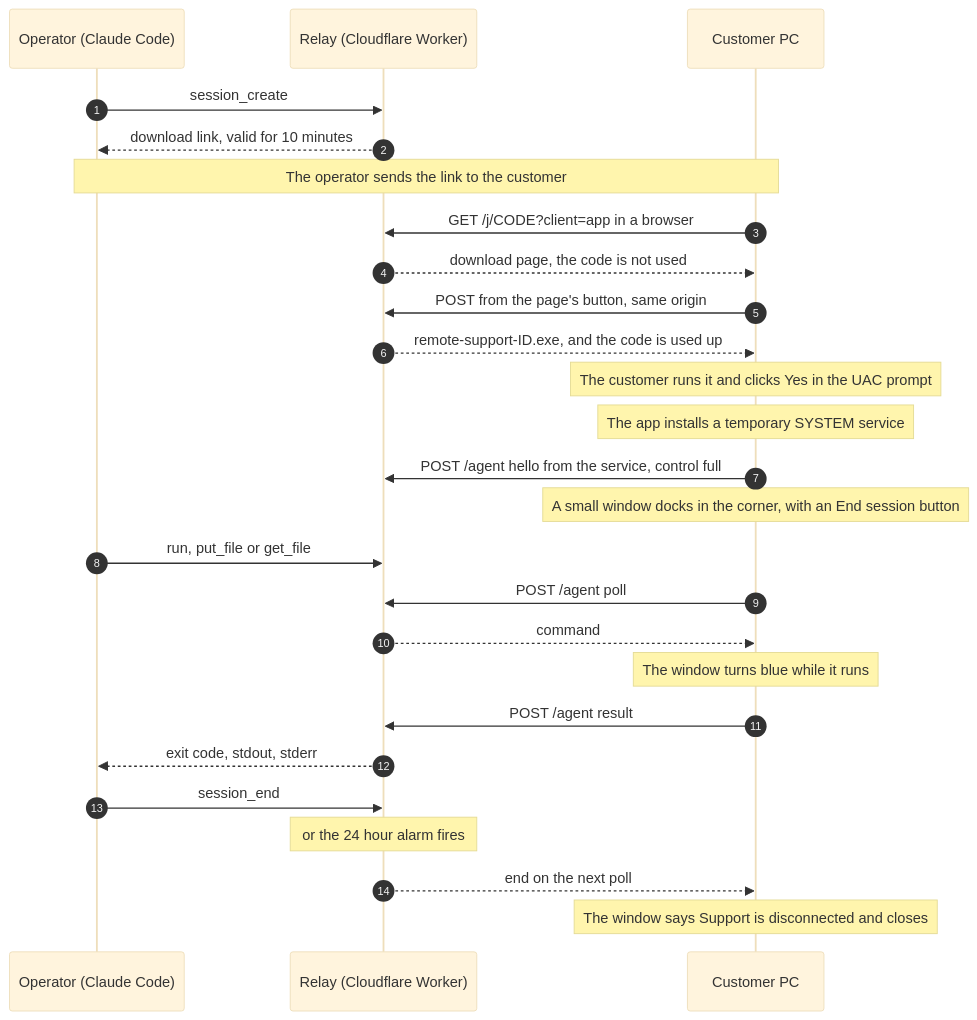
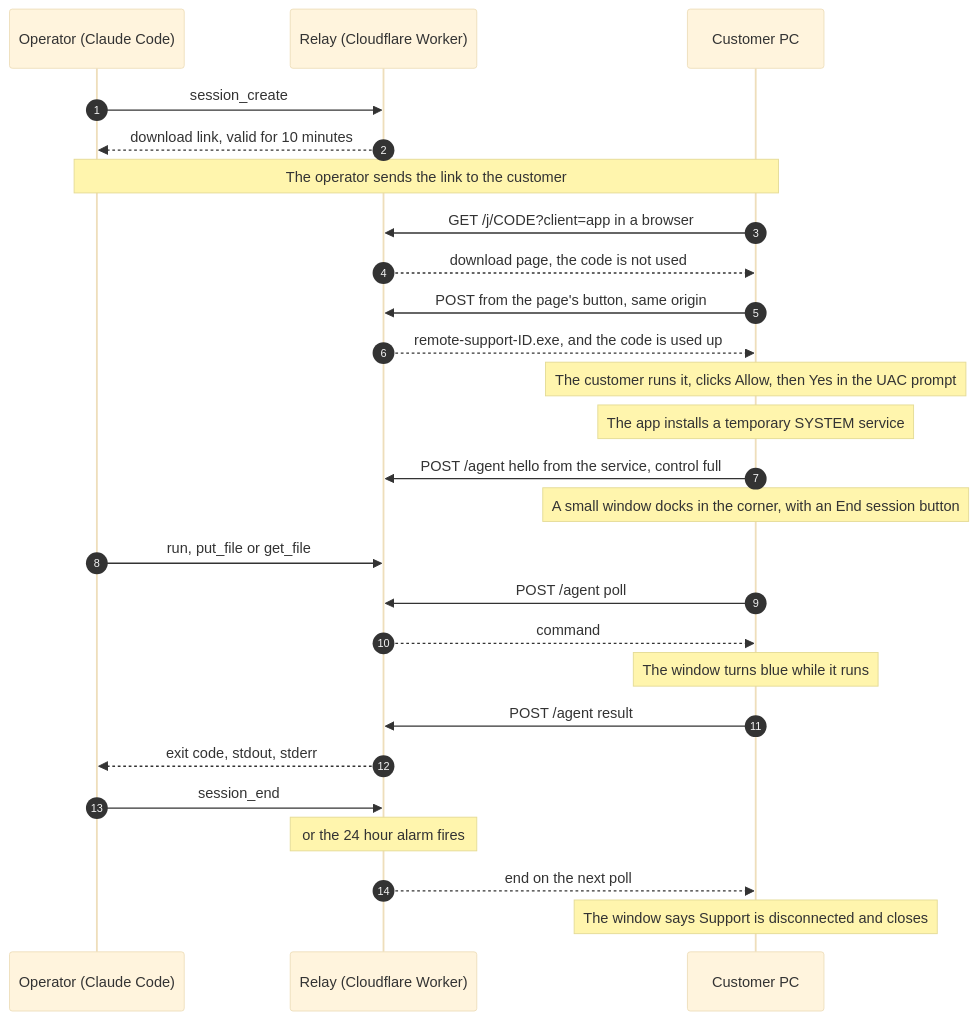
One commit to SUKARDADDY/Support-MCP changed the first of 3 diagrams in README.md. Above: the diagram before and after it, drawn with Mermaid (base theme). The commit also changed other lines of this file and 9 other files, not shown here.

First line of the commit message:
Fix the flaky pipe test, bring the UAC prompt to the front, and make every lock work on Windows 7 (#12)

````diff
--- a/README.md
+++ b/README.md
@@ -59,28 +60,28 @@
 ```mermaid
 sequenceDiagram
   autonumber
   participant Op as Operator (Claude Code)
   participant W as Relay (Cloudflare Worker)
   participant PC as Customer PC
   Op->>W: session_create
   W-->>Op: download link, valid for 10 minutes
   Note over Op,PC: The operator sends the link to the customer
   PC->>W: GET /j/CODE?client=app in a browser
   W-->>PC: download page, the code is not used
   PC->>W: POST from the page's button, same origin
   W-->>PC: remote-support-ID.exe, and the code is used up
-  Note over PC: The customer runs it and clicks Yes in the UAC prompt
+  Note over PC: The customer runs it, clicks Allow, then Yes in the UAC prompt
   Note over PC: The app installs a temporary SYSTEM service
   PC->>W: POST /agent hello from the service, control full
   Note over PC: A small window docks in the corner, with an End session button
   Op->>W: run, put_file or get_file
   PC->>W: POST /agent poll
   W-->>PC: command
   Note over PC: The window turns blue while it runs
   PC->>W: POST /agent result
   W-->>Op: exit code, stdout, stderr
   Op->>W: session_end
   Note over W: or the 24 hour alarm fires
   W-->>PC: end on the next poll
   Note over PC: The window says Support is disconnected and closes
 ```
````
